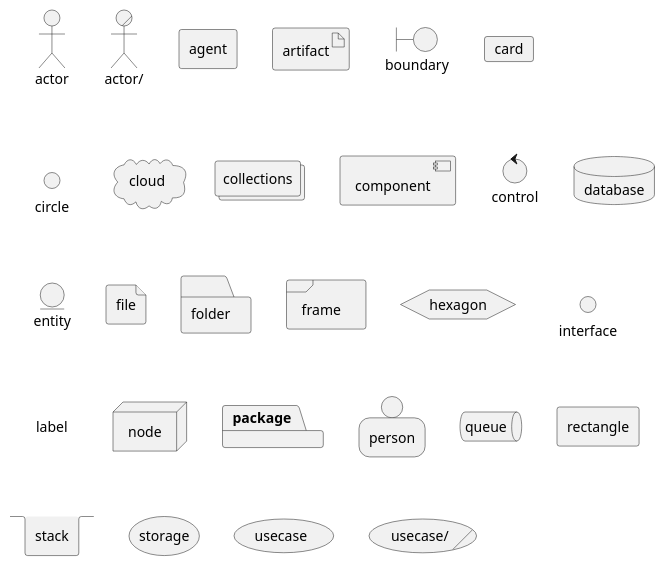
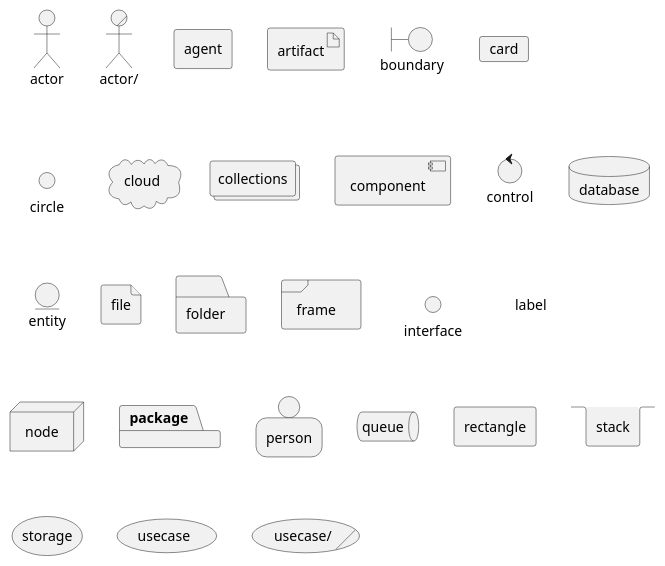
Before and after one commit to The-Lum/puml-themes-gallery: the diagram in input/Deployment.puml, drawn with PlantUML.

Commit message:
Update Deployment.puml
Hexagon on comment, see:
- https://forum.plantuml.net/13021/accept-hexagon-with-smetana-deployment-diagram

```diff
--- a/input/Deployment.puml
+++ b/input/Deployment.puml
@@ -1,30 +1,30 @@
 @startuml
 actor actor
 actor/ "actor/"
 agent agent
 artifact artifact
 boundary boundary
 card card
 circle circle
 cloud cloud
 collections collections
 component component
 control control
 database database
 entity entity
 file file
 folder folder
 frame frame
-hexagon hexagon
+'hexagon hexagon
 interface interface
 label label
 node node
 package package
 person person
 queue queue
 rectangle rectangle
 stack stack
 storage storage
 usecase usecase
 usecase/ "usecase/"
 @enduml
```
